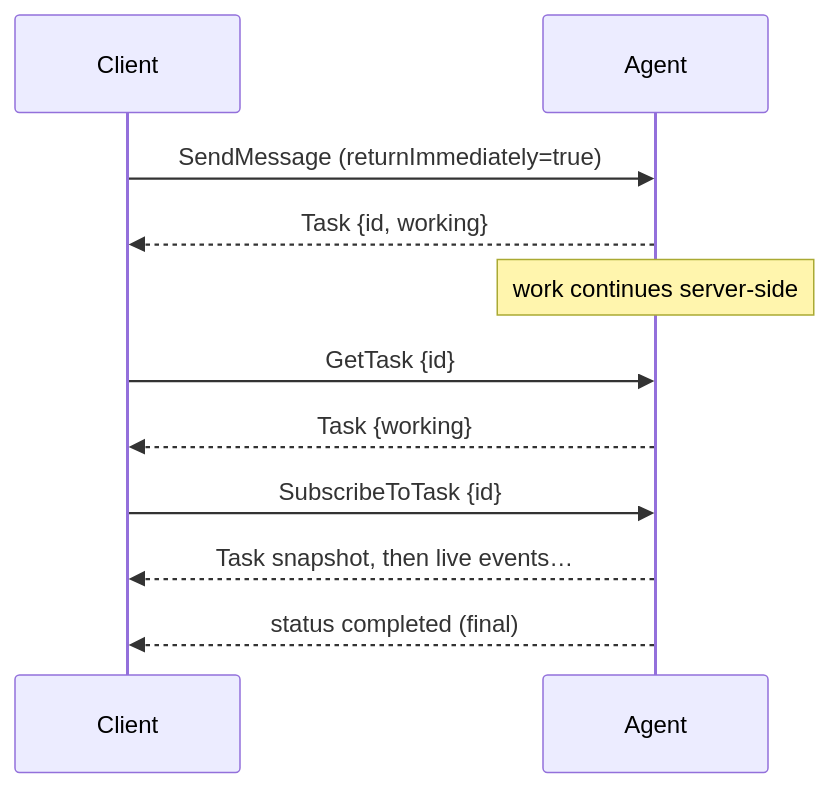
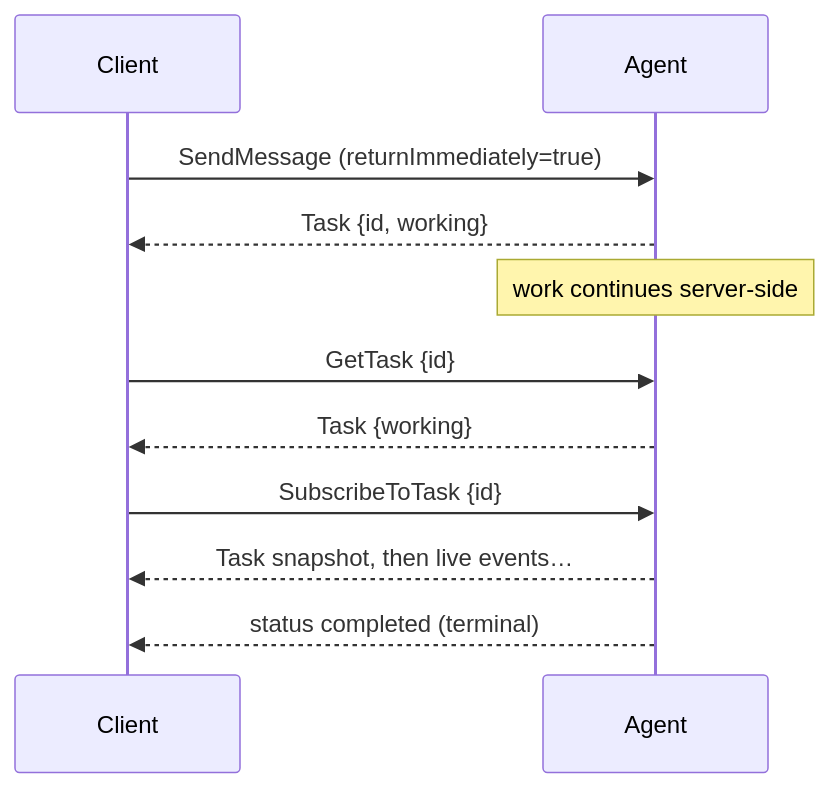
One commit to trpc-group/trpc-a2a-go changed the fourth of 7 diagrams in docs/mkdocs/en/protocol.md. Above: the diagram before and after it, drawn with Mermaid. The commit also changed other lines of this file and 1 other file, not shown here.

````diff
--- a/docs/mkdocs/en/protocol.md
+++ b/docs/mkdocs/en/protocol.md
@@ -155,13 +160,13 @@
 ```mermaid
 sequenceDiagram
     participant C as Client
     participant A as Agent
     C->>A: SendMessage (returnImmediately=true)
     A-->>C: Task {id, working}
     Note over A: work continues server-side
     C->>A: GetTask {id}
     A-->>C: Task {working}
     C->>A: SubscribeToTask {id}
     A-->>C: Task snapshot, then live events…
-    A-->>C: status completed (final)
+    A-->>C: status completed (terminal)
 ```
````
